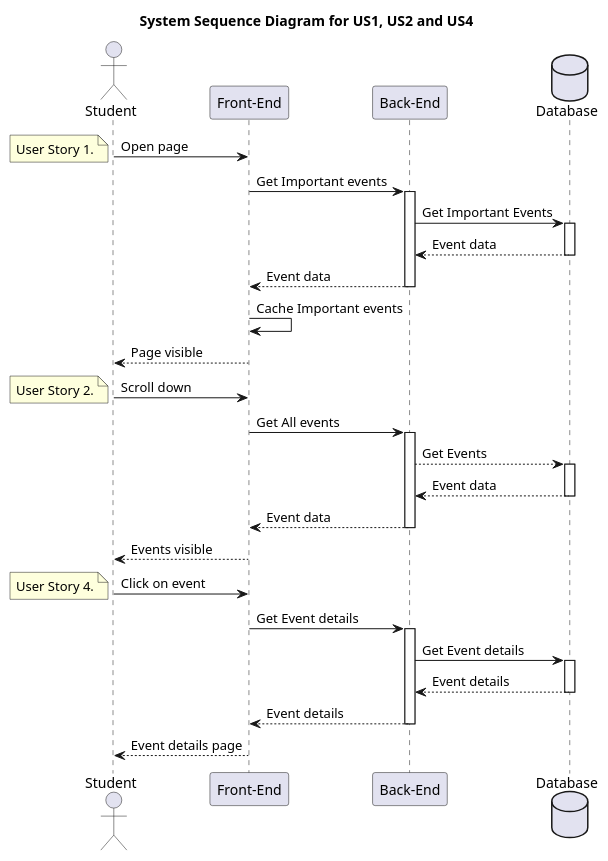
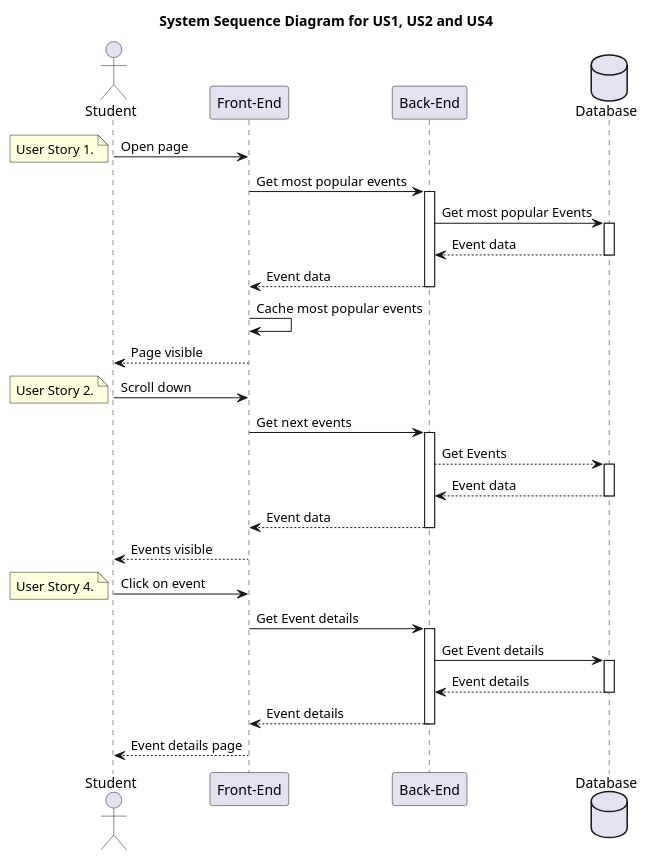
The diagram in SystemSekvensUS1US2US4.puml (oscarboe/Studieforeningskalender_Front_end), drawn with PlantUML before and after one commit.

Commit message:
changed wording US1

```diff
--- a/SystemSekvensUS1US2US4.puml
+++ b/SystemSekvensUS1US2US4.puml
@@ -1,57 +1,57 @@
 @startuml "System sequence diagram for US1 and US2"
 title System Sequence Diagram for US1, US2 and US4
 actor Student as User
 participant "Front-End" as FrontEnd 
 participant "Back-End"  as BackEnd
 database Database
 User -> FrontEnd: Open page
 note left
   User Story 1.
 end note
 
-FrontEnd -> BackEnd: Get Important events
+FrontEnd -> BackEnd: Get most popular events
 activate BackEnd
-BackEnd -> Database: Get Important Events
+BackEnd -> Database: Get most popular Events
 activate Database
 Database --> BackEnd: Event data
 deactivate Database
 
 BackEnd --> FrontEnd: Event data
 
 deactivate BackEnd
-FrontEnd -> FrontEnd: Cache Important events
+FrontEnd -> FrontEnd: Cache most popular events
 FrontEnd --> User: Page visible
 
 
 User -> FrontEnd: Scroll down
 note left
   User Story 2.
 end note
-FrontEnd -> BackEnd: Get All events
+FrontEnd -> BackEnd: Get next events
 activate BackEnd
 BackEnd --> Database: Get Events
 activate Database
 
 Database --> BackEnd: Event data
 
 deactivate Database
 
 BackEnd --> FrontEnd: Event data
 deactivate BackEnd
 FrontEnd --> User: Events visible
 
 User -> FrontEnd: Click on event
 note left
   User Story 4.
 end note
 FrontEnd -> BackEnd: Get Event details
 activate BackEnd
 BackEnd -> Database: Get Event details
 activate Database
 Database --> BackEnd: Event details
 deactivate Database
 BackEnd --> FrontEnd: Event details
 deactivate BackEnd
 FrontEnd --> User: Event details page
 
 @enduml
```
